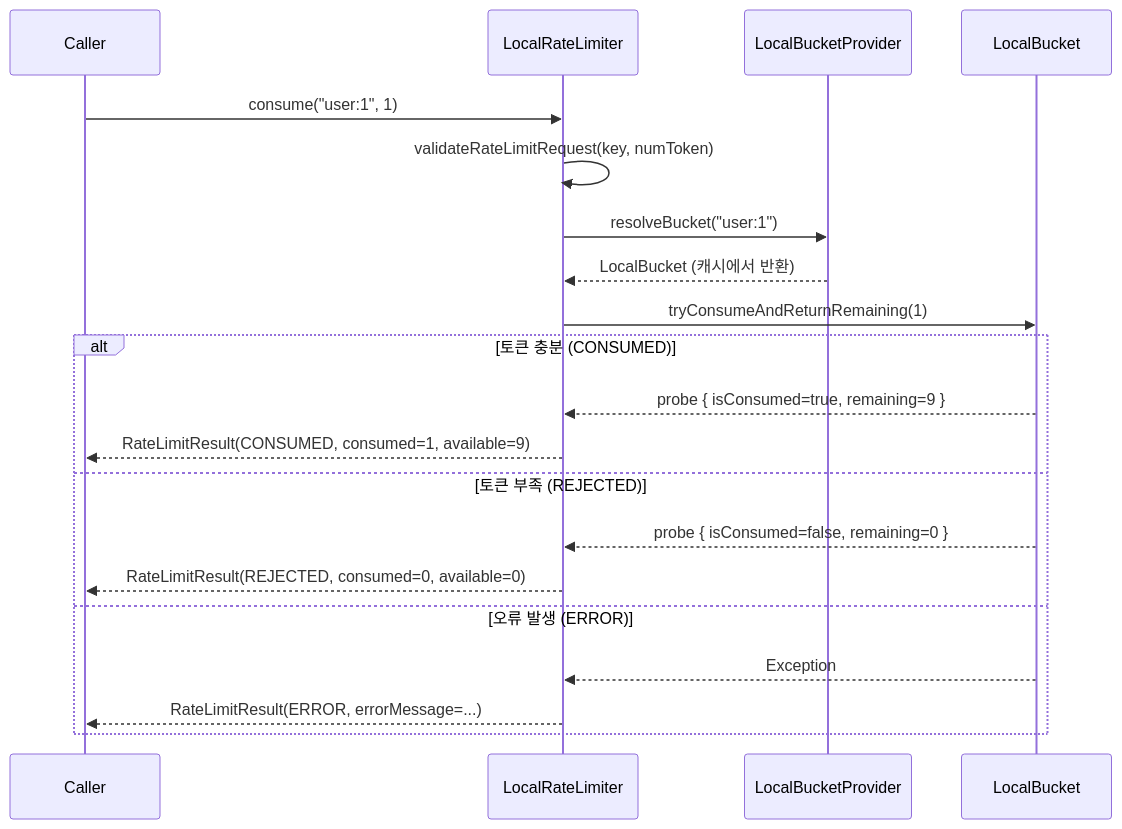
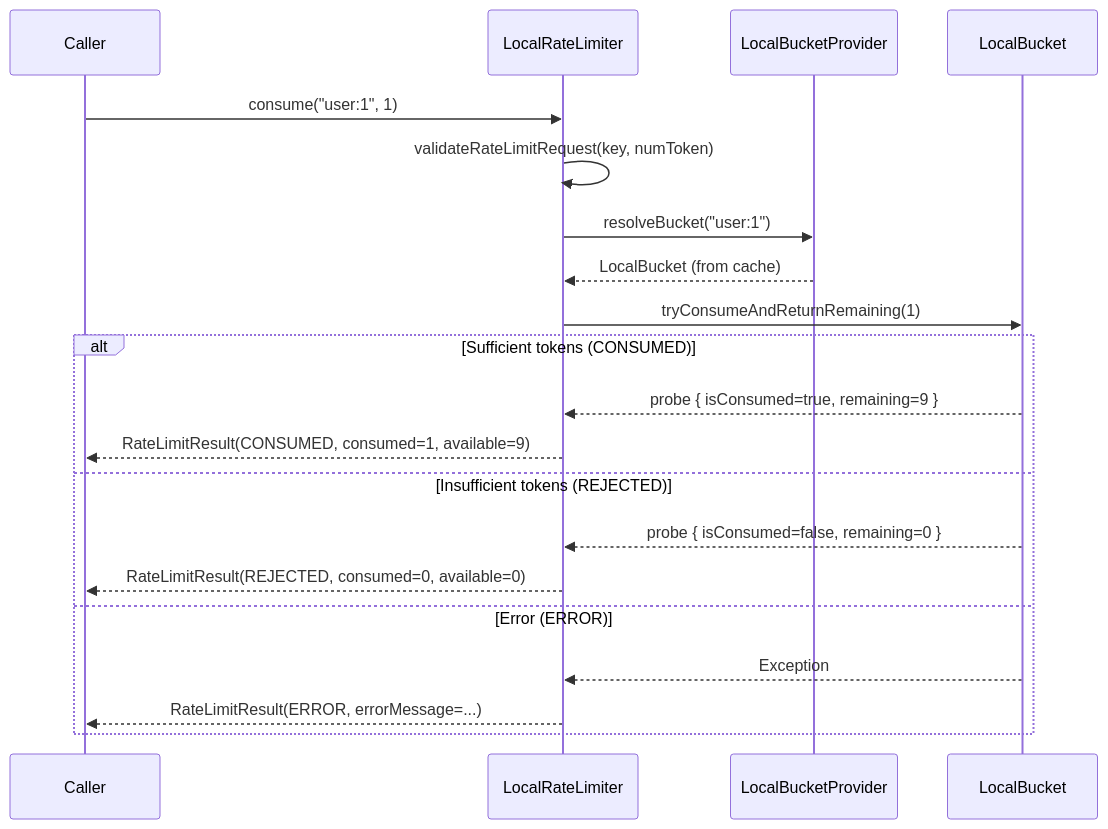
One commit to bluetape4k/bluetape4k-projects changed the second of 3 diagrams in infra/bucket4j/README.md. Above: the diagram before and after it, drawn with Mermaid. The commit also changed other lines of this file and 265 other files, not shown here.

````diff
--- a/infra/bucket4j/README.md
+++ b/infra/bucket4j/README.md
@@ -128,23 +130,23 @@
 ```mermaid
 sequenceDiagram
     participant Caller
     participant LocalRateLimiter
     participant LocalBucketProvider
     participant LocalBucket
     Caller ->> LocalRateLimiter: consume("user:1", 1)
     LocalRateLimiter ->> LocalRateLimiter: validateRateLimitRequest(key, numToken)
     LocalRateLimiter ->> LocalBucketProvider: resolveBucket("user:1")
-    LocalBucketProvider -->> LocalRateLimiter: LocalBucket (캐시에서 반환)
+    LocalBucketProvider -->> LocalRateLimiter: LocalBucket (from cache)
     LocalRateLimiter ->> LocalBucket: tryConsumeAndReturnRemaining(1)
 
-    alt 토큰 충분 (CONSUMED)
+    alt Sufficient tokens (CONSUMED)
         LocalBucket -->> LocalRateLimiter: probe { isConsumed=true, remaining=9 }
         LocalRateLimiter -->> Caller: RateLimitResult(CONSUMED, consumed=1, available=9)
-    else 토큰 부족 (REJECTED)
+    else Insufficient tokens (REJECTED)
         LocalBucket -->> LocalRateLimiter: probe { isConsumed=false, remaining=0 }
         LocalRateLimiter -->> Caller: RateLimitResult(REJECTED, consumed=0, available=0)
-    else 오류 발생 (ERROR)
+    else Error (ERROR)
         LocalBucket -->> LocalRateLimiter: Exception
         LocalRateLimiter -->> Caller: RateLimitResult(ERROR, errorMessage=...)
     end
 ```
````
